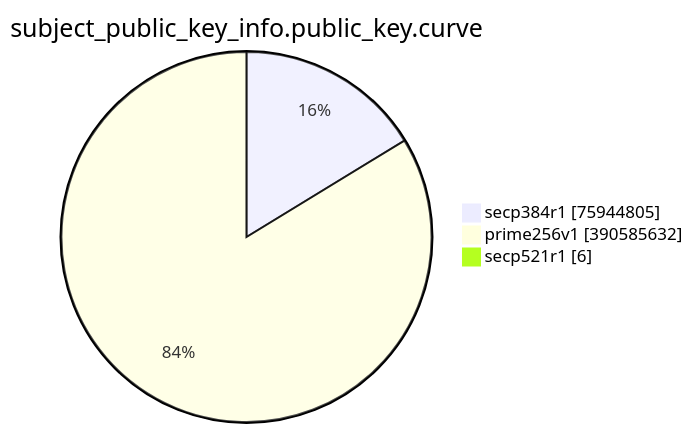
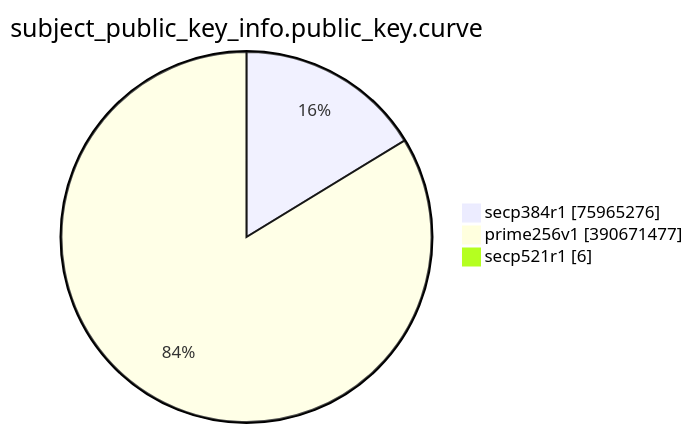
Before and after one commit to christiankrug/ctmonitor_visualization: the eighth of 15 diagrams in TOTAL/README.md, drawn with Mermaid. The commit also changed other lines of this file, not shown here.

````diff
--- a/TOTAL/README.md
+++ b/TOTAL/README.md
@@ -3094,7 +3094,7 @@
 ```mermaid
 pie showData
 title subject_public_key_info.public_key.curve
-"secp384r1" :75944805
-"prime256v1" :390585632
+"secp384r1" :75965276
+"prime256v1" :390671477
 "secp521r1" :6
 ```
````
